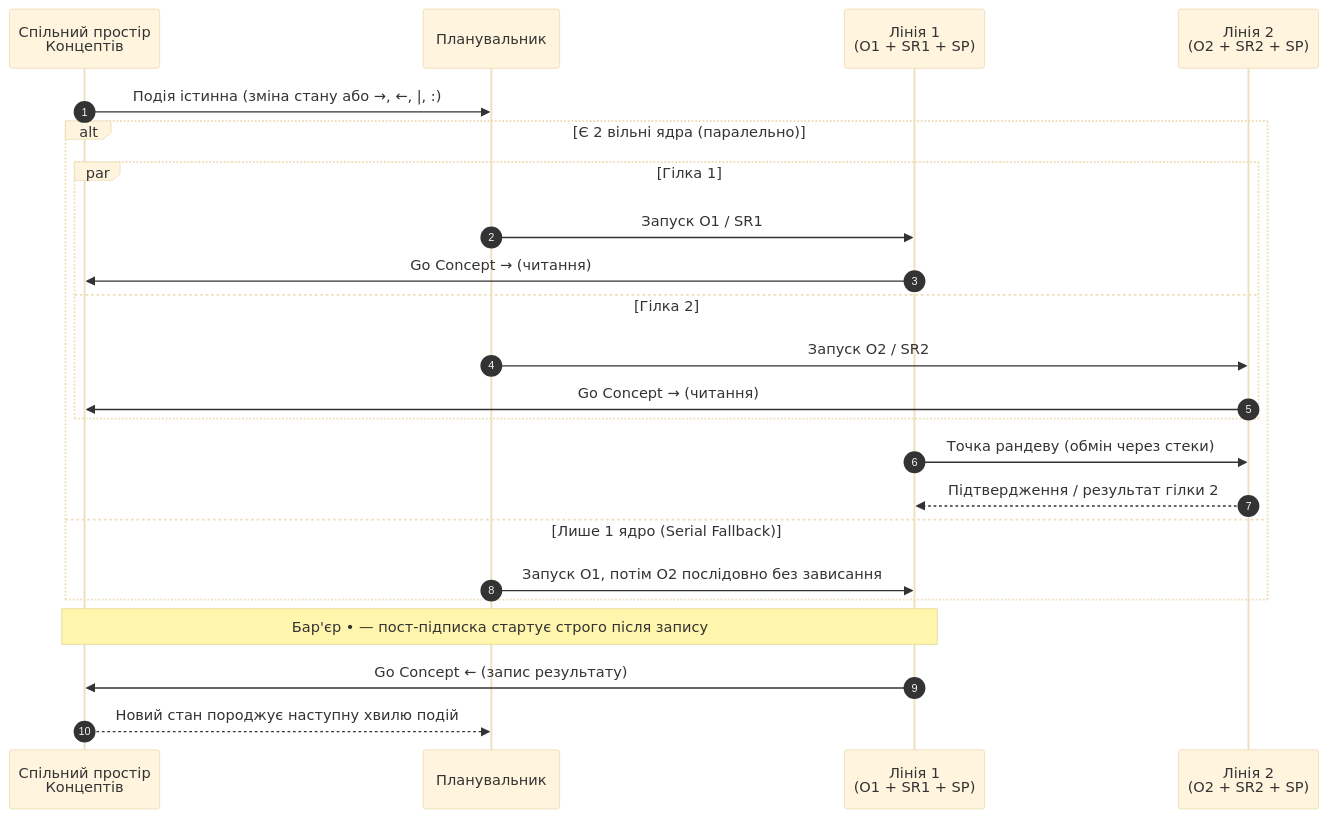
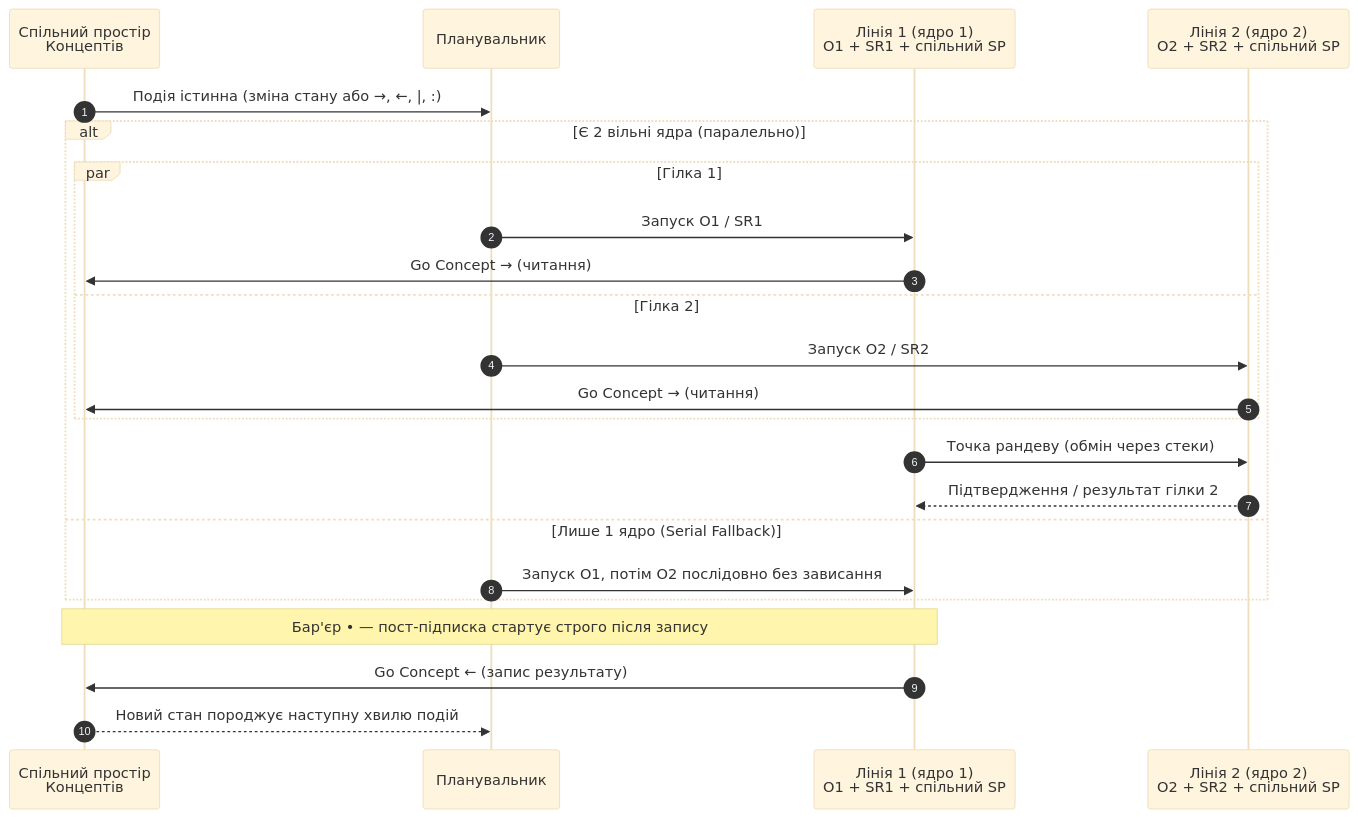
One commit to nick-fedchik/kuzmin-machine changed the third of 6 diagrams in Articles/DOU_Article_Kuzmin_Machine_Popular_UA.md. Above: the diagram before and after it, drawn with Mermaid (base theme). The commit also changed other lines of this file, not shown here.

Commit message:
docs(articles): explain execution lines O/SR/SP before §3.2 diagram

````diff
--- a/Articles/DOU_Article_Kuzmin_Machine_Popular_UA.md
+++ b/Articles/DOU_Article_Kuzmin_Machine_Popular_UA.md
@@ -171,26 +173,26 @@
 ```mermaid
 sequenceDiagram
     autonumber
     participant Mem as Спільний простір<br/>Концептів
     participant Sched as Планувальник
-    participant L1 as Лінія 1<br/>(O1 + SR1 + SP)
-    participant L2 as Лінія 2<br/>(O2 + SR2 + SP)
+    participant L1 as Лінія 1 (ядро 1)<br/>O1 + SR1 + спільний SP
+    participant L2 as Лінія 2 (ядро 2)<br/>O2 + SR2 + спільний SP
 
     Mem->>Sched: Подія істинна (зміна стану або →, ←, |, :)
     alt Є 2 вільні ядра (паралельно)
         par Гілка 1
             Sched->>L1: Запуск O1 / SR1
             L1->>Mem: Go Concept → (читання)
         and Гілка 2
             Sched->>L2: Запуск O2 / SR2
             L2->>Mem: Go Concept → (читання)
         end
         L1->>L2: Точка рандеву (обмін через стеки)
         L2-->>L1: Підтвердження / результат гілки 2
     else Лише 1 ядро (Serial Fallback)
         Sched->>L1: Запуск O1, потім O2 послідовно без зависання
     end
     Note over L1,Mem: Бар'єр • — пост-підписка стартує строго після запису
     L1->>Mem: Go Concept ← (запис результату)
     Mem-->>Sched: Новий стан породжує наступну хвилю подій
 ```
````
